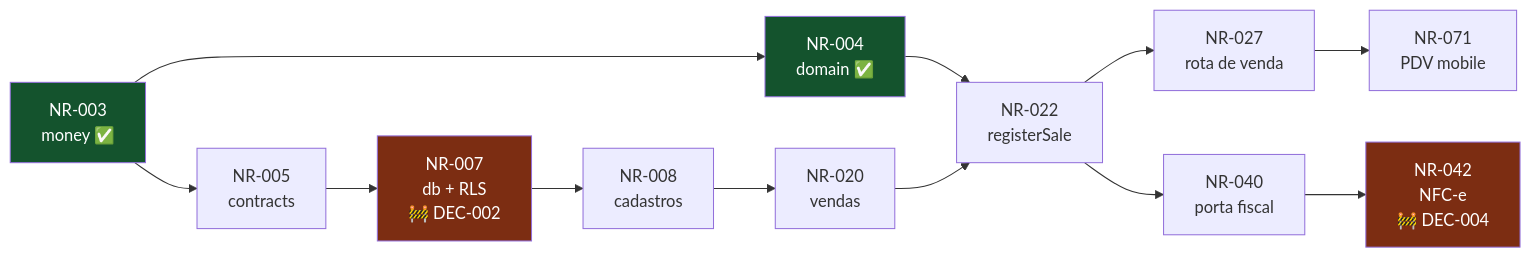
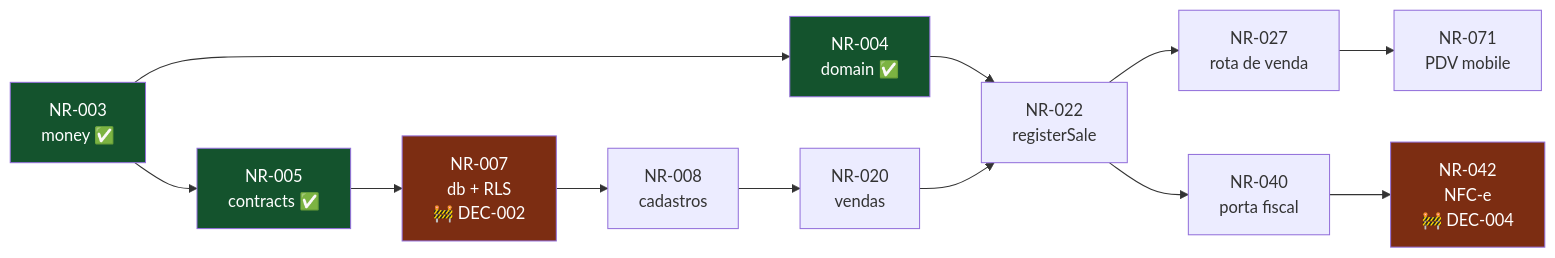
The diagram in docs/processo/task-ledger.md (glevi2004/na-regua), drawn with Mermaid before and after one commit. The commit also changed other lines of this file and 3 other files, not shown here.

````diff
--- a/docs/processo/task-ledger.md
+++ b/docs/processo/task-ledger.md
@@ -158,19 +178,20 @@
 ```mermaid
 flowchart LR
     N3["NR-003<br/>money ✅"] --> N4["NR-004<br/>domain ✅"]
-    N3 --> N5["NR-005<br/>contracts"]
+    N3 --> N5["NR-005<br/>contracts ✅"]
     N5 --> N7["NR-007<br/>db + RLS<br/>🚧 DEC-002"]
     N7 --> N8["NR-008<br/>cadastros"]
     N8 --> N20["NR-020<br/>vendas"]
     N4 --> N22
     N20 --> N22["NR-022<br/>registerSale"]
     N22 --> N27["NR-027<br/>rota de venda"]
     N27 --> N71["NR-071<br/>PDV mobile"]
     N22 --> N40["NR-040<br/>porta fiscal"]
     N40 --> N42["NR-042<br/>NFC-e<br/>🚧 DEC-004"]
 
     style N7 fill:#7c2d12,color:#fff
     style N42 fill:#7c2d12,color:#fff
     style N3 fill:#14532d,color:#fff
     style N4 fill:#14532d,color:#fff
+    style N5 fill:#14532d,color:#fff
 ```
````
